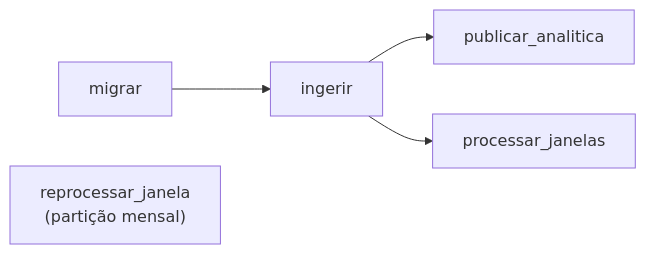
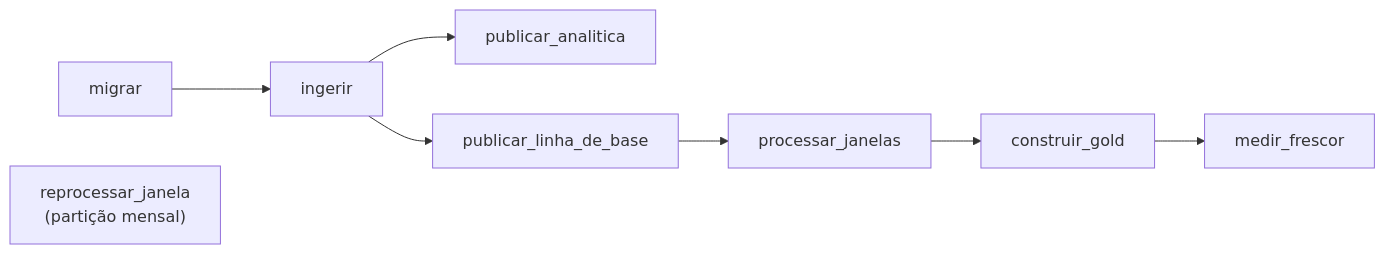
The diagram in docs/orquestracao.md (daviegito/bd2_2026_2_eduinfra), drawn with Mermaid before and after one commit. The commit also changed other lines of this file, not shown here.

Commit message:
docs(orquestrador): documenta as etapas da Gold e do frescor

````diff
--- a/docs/orquestracao.md
+++ b/docs/orquestracao.md
@@ -16,7 +16,10 @@
 ```mermaid
 flowchart LR
     MIGRAR["migrar"] --> INGERIR["ingerir"]
     INGERIR --> ANALITICA["publicar_analitica"]
-    INGERIR --> JANELAS["processar_janelas"]
+    INGERIR --> BASE["publicar_linha_de_base"]
+    BASE --> JANELAS["processar_janelas"]
+    JANELAS --> GOLD["construir_gold"]
+    GOLD --> FRESCOR["medir_frescor"]
     REPROC["reprocessar_janela<br/>(partição mensal)"]
 ```
````
